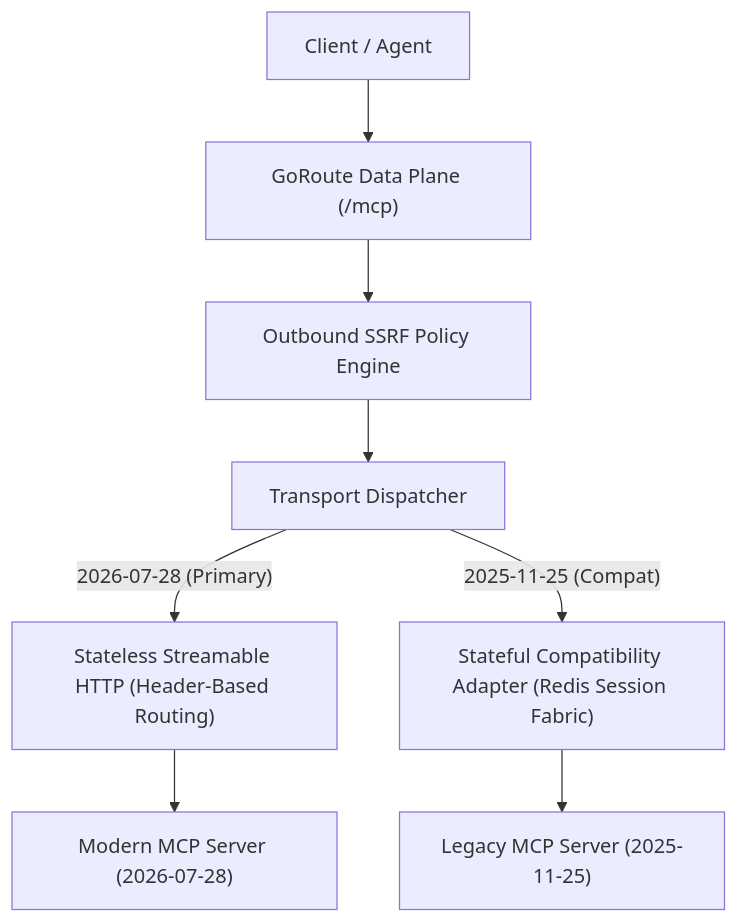
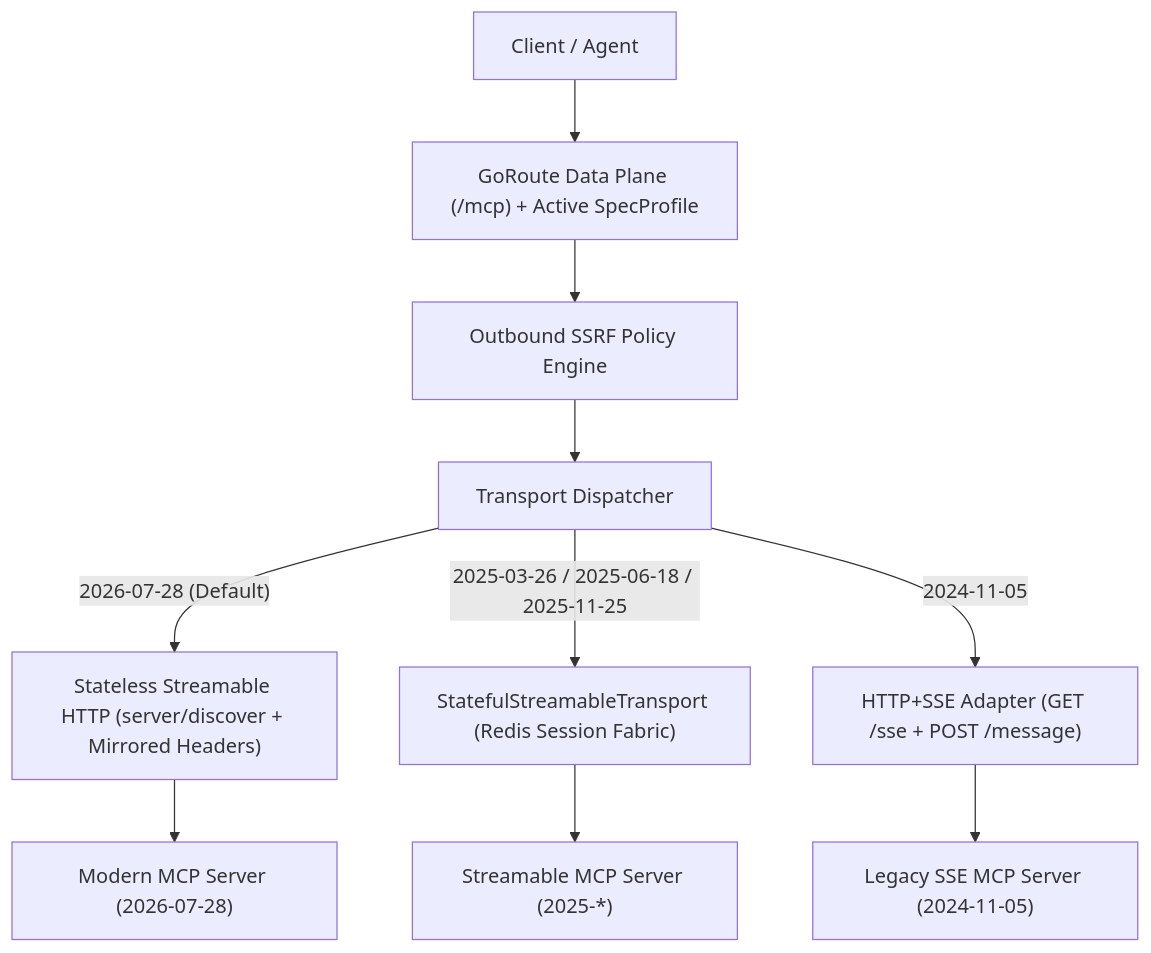
The fifth of 6 diagrams in docs/ARCHITECTURE.md (goroute-ai/ai-gateway-go), drawn with Mermaid before and after one commit. The commit also changed other lines of this file and 325 other files, not shown here.

````diff
--- a/docs/ARCHITECTURE.md
+++ b/docs/ARCHITECTURE.md
@@ -632,10 +608,12 @@
 ```mermaid
 flowchart TD
-    Client["Client / Agent"] --> Ingress["GoRoute Data Plane (/mcp)"]
+    Client["Client / Agent"] --> Ingress["GoRoute Data Plane (/mcp) + Active SpecProfile"]
     Ingress --> SSRF["Outbound SSRF Policy Engine"]
     SSRF --> Dispatcher["Transport Dispatcher"]
-    Dispatcher -->|"2026-07-28 (Primary)"| Stateless["Stateless Streamable HTTP (Header-Based Routing)"]
-    Dispatcher -->|"2025-11-25 (Compat)"| Stateful["Stateful Compatibility Adapter (Redis Session Fabric)"]
+    Dispatcher -->|"2026-07-28 (Default)"| Stateless["Stateless Streamable HTTP (server/discover + Mirrored Headers)"]
+    Dispatcher -->|"2025-03-26 / 2025-06-18 / 2025-11-25"| Stateful["StatefulStreamableTransport (Redis Session Fabric)"]
+    Dispatcher -->|"2024-11-05"| LegacySSE["HTTP+SSE Adapter (GET /sse + POST /message)"]
     Stateless --> Upstream1["Modern MCP Server (2026-07-28)"]
-    Stateful --> Upstream2["Legacy MCP Server (2025-11-25)"]
+    Stateful --> Upstream2["Streamable MCP Server (2025-*)"]
+    LegacySSE --> Upstream3["Legacy SSE MCP Server (2024-11-05)"]
 ```
````
